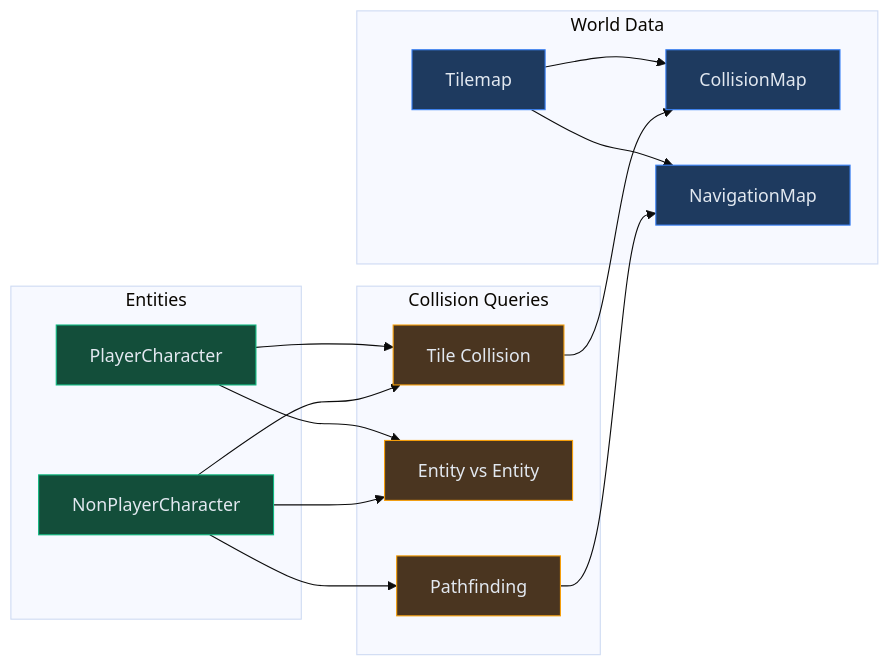
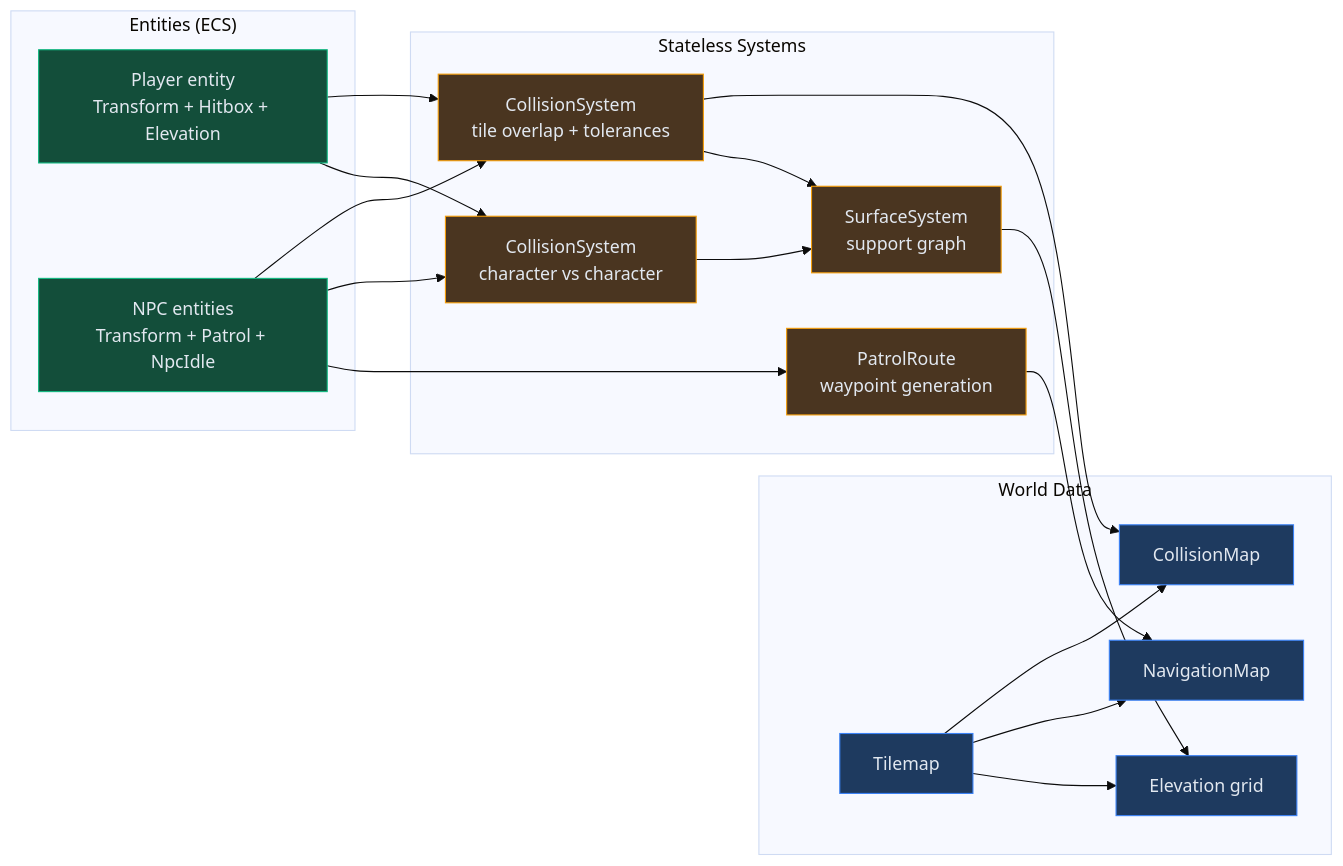
Before and after one commit to baaz777/rift: the first of 4 diagrams in docs/COLLISION.md, drawn with Mermaid (base theme). The commit also changed other lines of this file, not shown here.

Commit message:
📝 Rewrite COLLISION for the support graph

```diff
--- a/docs/COLLISION.md
+++ b/docs/COLLISION.md
@@ -8,33 +12,39 @@
 <pre class="mermaid">
 graph LR
     classDef map fill:#1e3a5f,stroke:#3b82f6,color:#e2e8f0
     classDef entity fill:#134e3a,stroke:#10b981,color:#e2e8f0
     classDef query fill:#4a3520,stroke:#f59e0b,color:#e2e8f0
 
     subgraph World["World Data"]
         Tilemap["Tilemap"]:::map
         Collision["CollisionMap"]:::map
         Navigation["NavigationMap"]:::map
+        Elevation["Elevation grid"]:::map
     end
 
-    subgraph Entities["Entities"]
-        Player["PlayerCharacter"]:::entity
-        NPC["NonPlayerCharacter"]:::entity
+    subgraph Entities["Entities (ECS)"]
+        Player["Player entity<br/>Transform + Hitbox + Elevation"]:::entity
+        NPC["NPC entities<br/>Transform + Patrol + NpcIdle"]:::entity
     end
 
-    subgraph Queries["Collision Queries"]
-        Tile["Tile Collision"]:::query
-        Entity["Entity vs Entity"]:::query
-        Path["Pathfinding"]:::query
+    subgraph Queries["Stateless Systems"]
+        Tile["CollisionSystem<br/>tile overlap + tolerances"]:::query
+        Entity["CollisionSystem<br/>character vs character"]:::query
+        Surface["SurfaceSystem<br/>support graph"]:::query
+        Route["PatrolRoute<br/>waypoint generation"]:::query
     end
 
     Tilemap --> Collision
     Tilemap --> Navigation
+    Tilemap --> Elevation
     Player --> Tile
     NPC --> Tile
     Player --> Entity
     NPC --> Entity
-    NPC --> Path
+    NPC --> Route
     Tile --> Collision
-    Path --> Navigation
+    Tile --> Surface
+    Entity --> Surface
+    Surface --> Elevation
+    Route --> Navigation
 </pre>
```
